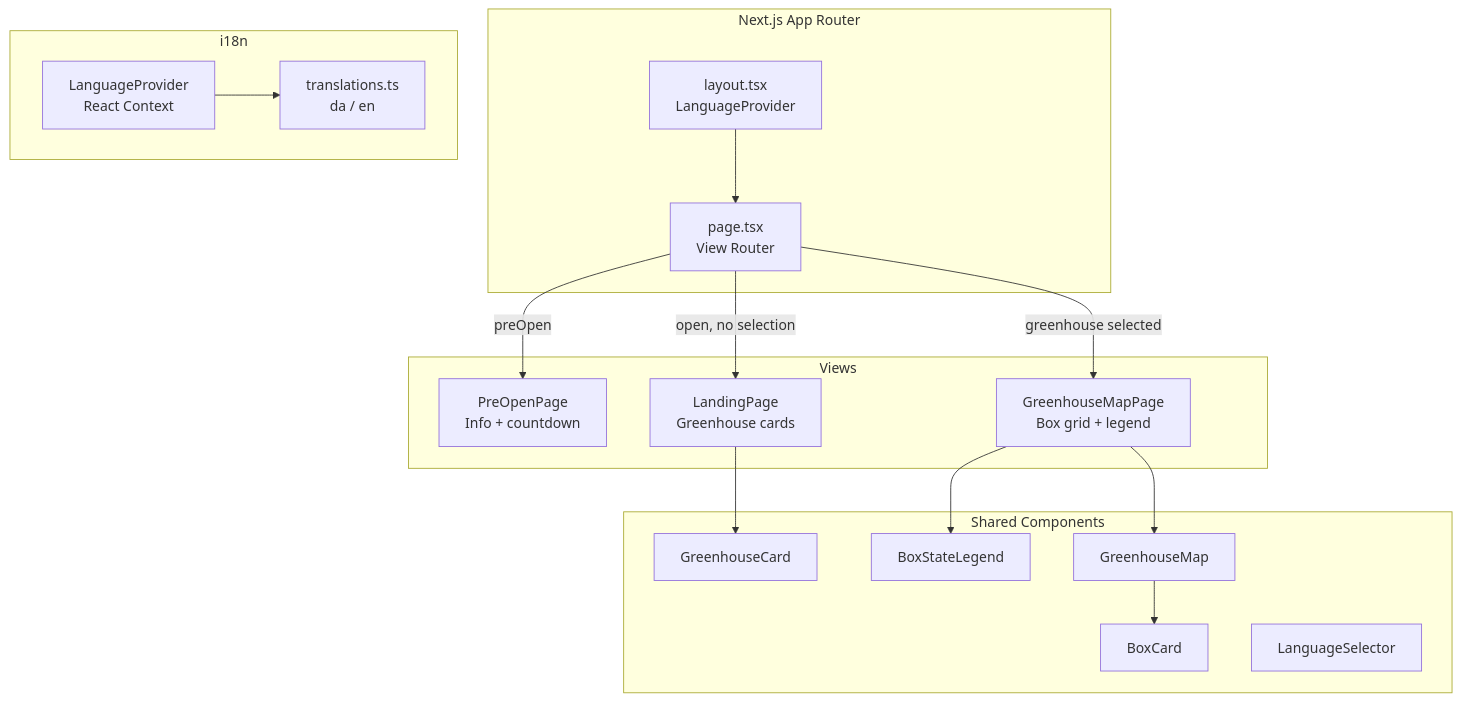
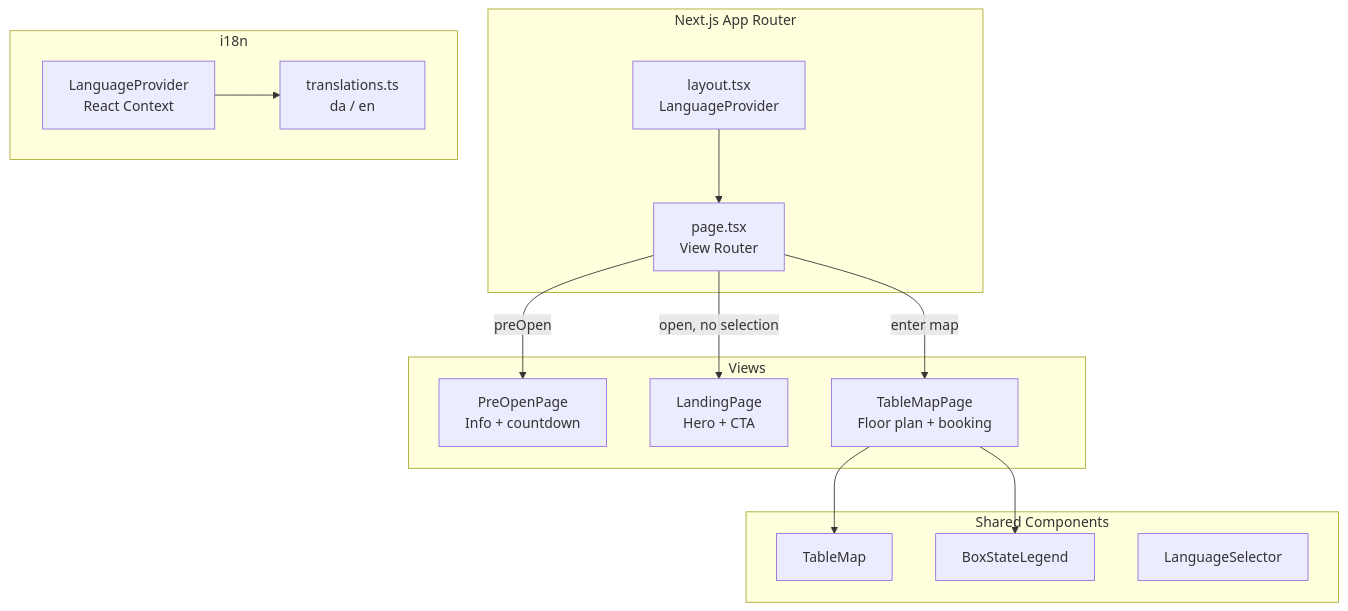
One commit to ammonl/loppemarked changed the second of 7 diagrams in docs/architecture.md. Above: the diagram before and after it, drawn with Mermaid. The commit also changed other lines of this file and 74 other files, not shown here.

First line of the commit message:
feat(db): reset schema to flea-market table domain (#99)

````diff
--- a/docs/architecture.md
+++ b/docs/architecture.md
@@ -40,36 +40,32 @@
 ```mermaid
 graph TB
     subgraph "Next.js App Router"
         LAYOUT[layout.tsx<br/>LanguageProvider]
         PAGE[page.tsx<br/>View Router]
     end
 
     subgraph Views
         PRE[PreOpenPage<br/>Info + countdown]
-        LAND[LandingPage<br/>Greenhouse cards]
-        MAP[GreenhouseMapPage<br/>Box grid + legend]
+        LAND[LandingPage<br/>Hero + CTA]
+        MAP[TableMapPage<br/>Floor plan + booking]
     end
 
     subgraph "Shared Components"
-        GC[GreenhouseCard]
-        BC[BoxCard]
+        TM[TableMap]
         BSL[BoxStateLegend]
-        GM[GreenhouseMap]
         LS[LanguageSelector]
     end
 
     subgraph "i18n"
         LP[LanguageProvider<br/>React Context]
         TR[translations.ts<br/>da / en]
     end
 
     LAYOUT --> PAGE
     PAGE -->|preOpen| PRE
     PAGE -->|open, no selection| LAND
-    PAGE -->|greenhouse selected| MAP
-    LAND --> GC
-    MAP --> GM
+    PAGE -->|enter map| MAP
+    MAP --> TM
     MAP --> BSL
-    GM --> BC
     LP --> TR
 ```
````
